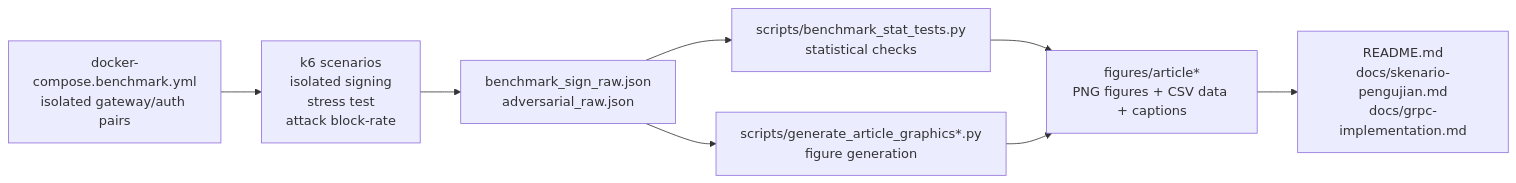
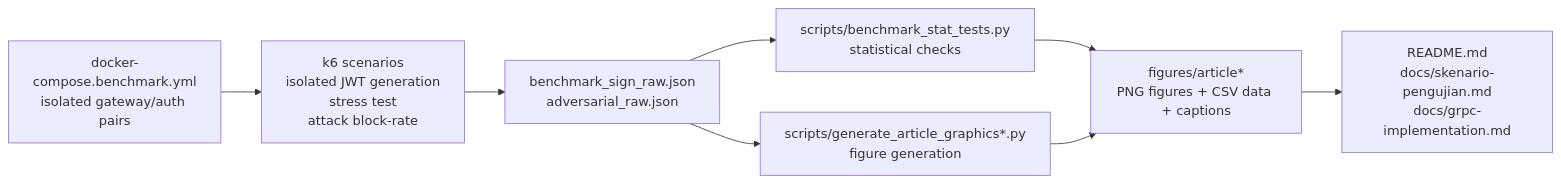
Before and after one commit to ridwanmuh3/tasktify: the eighth of 8 diagrams in docs/research-system-architecture.md, drawn with Mermaid. The commit also changed other lines of this file and 9 other files, not shown here.

````diff
--- a/docs/research-system-architecture.md
+++ b/docs/research-system-architecture.md
@@ -429,18 +429,18 @@
 ```mermaid
 flowchart LR
   compose["docker-compose.benchmark.yml<br/>isolated gateway/auth pairs"]
-  k6scripts["k6 scenarios<br/>isolated signing<br/>stress test<br/>attack block-rate"]
+  k6scripts["k6 scenarios<br/>isolated JWT generation<br/>stress test<br/>attack block-rate"]
   raw["benchmark_sign_raw.json<br/>adversarial_raw.json"]
   stats["scripts/benchmark_stat_tests.py<br/>statistical checks"]
   graphics["scripts/generate_article_graphics*.py<br/>figure generation"]
   figures["figures/article*<br/>PNG figures + CSV data + captions"]
   docs["README.md<br/>docs/skenario-pengujian.md<br/>docs/grpc-implementation.md"]
 
   compose --> k6scripts
   k6scripts --> raw
   raw --> stats
   raw --> graphics
   stats --> figures
   graphics --> figures
   figures --> docs
 ```
````
